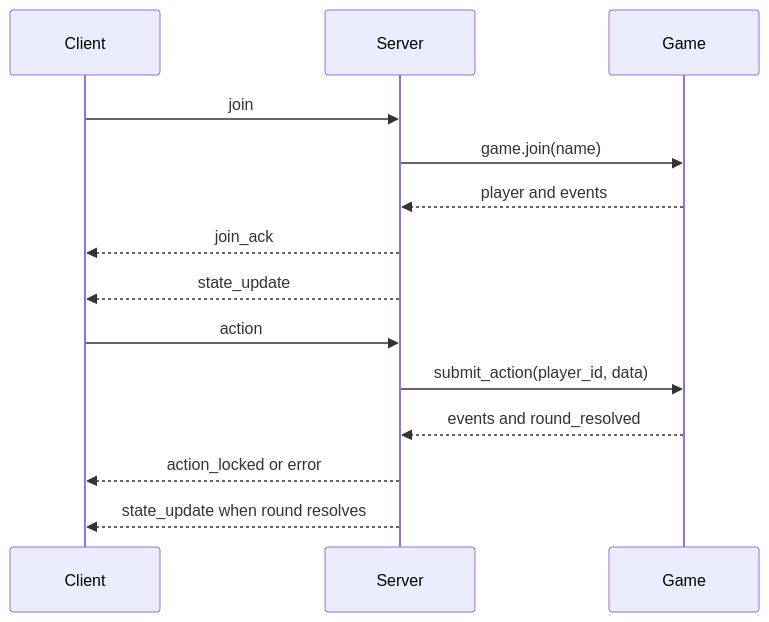
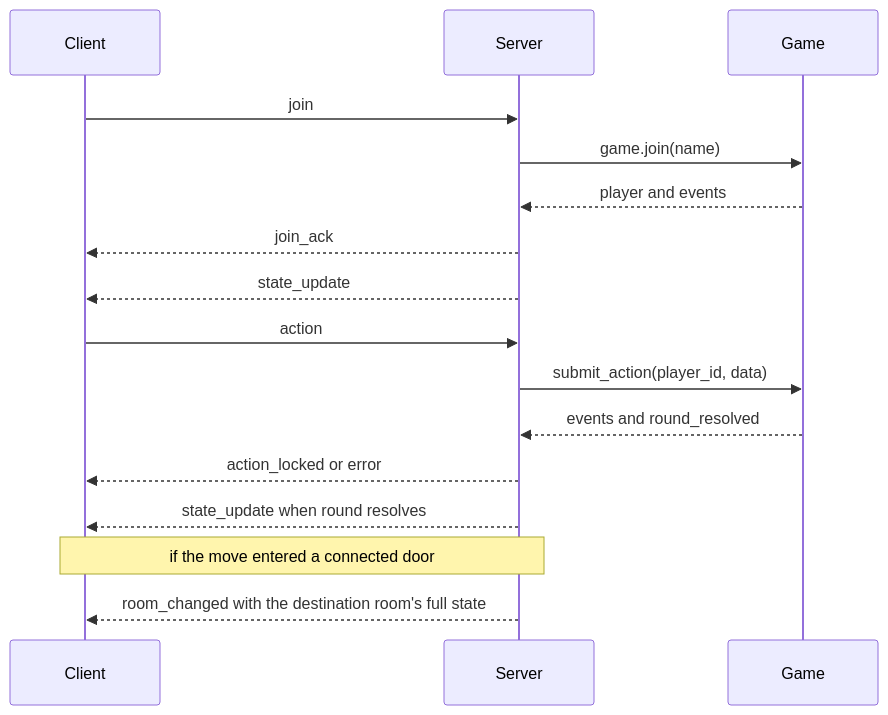
The second of 2 diagrams in docs/BACKEND.md (GoldenWind8/roguelike-mvp), drawn with Mermaid before and after one commit. The commit also changed other lines of this file and 20 other files, not shown here.

````diff
--- a/docs/BACKEND.md
+++ b/docs/BACKEND.md
@@ -60,18 +66,20 @@
 ```mermaid
 sequenceDiagram
     participant Client
     participant Server
     participant Game
 
     Client->>Server: join
     Server->>Game: game.join(name)
     Game-->>Server: player and events
     Server-->>Client: join_ack
     Server-->>Client: state_update
 
     Client->>Server: action
     Server->>Game: submit_action(player_id, data)
     Game-->>Server: events and round_resolved
     Server-->>Client: action_locked or error
     Server-->>Client: state_update when round resolves
+    Note over Server,Client: if the move entered a connected door
+    Server-->>Client: room_changed with the destination room's full state
 ```
````
